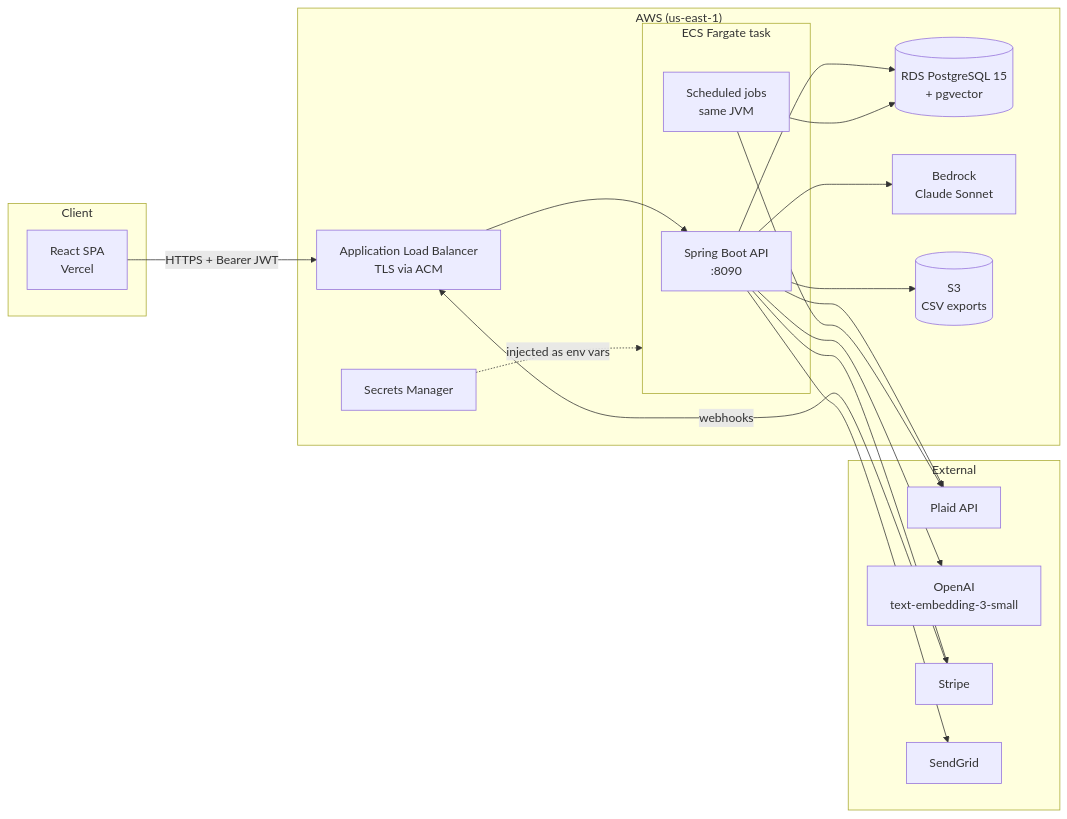
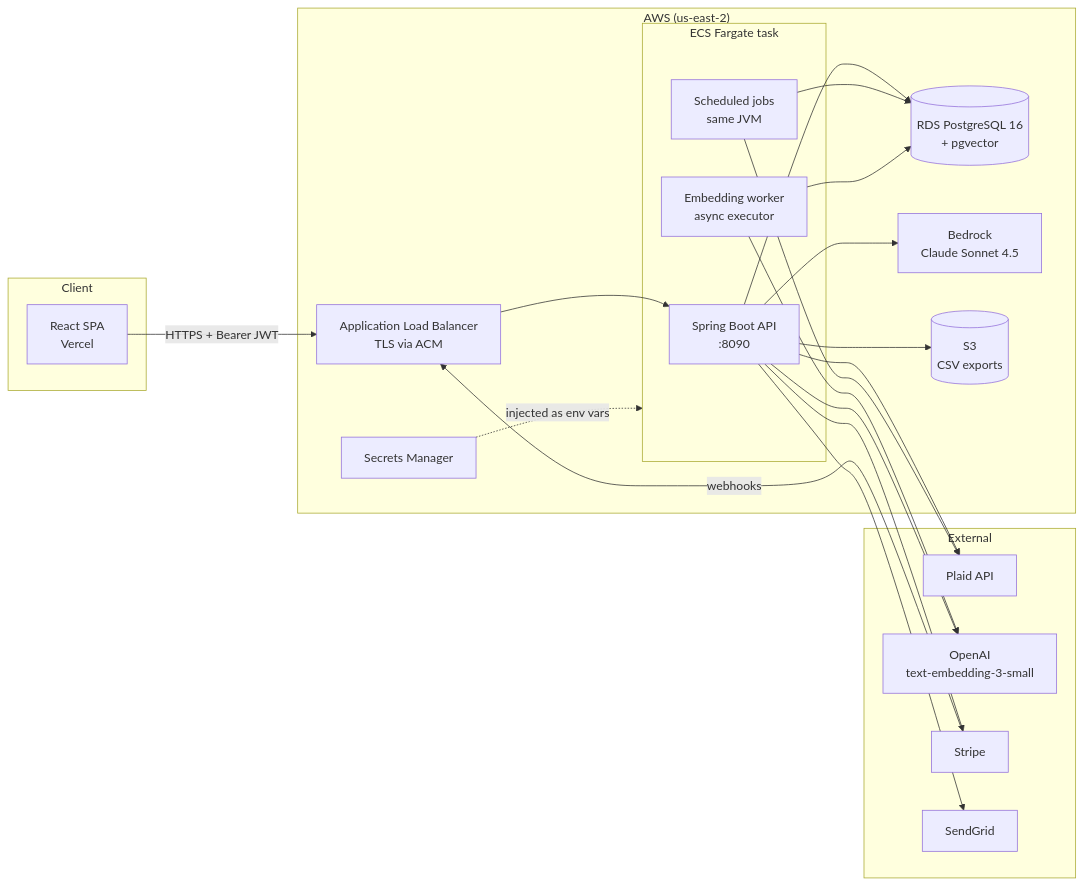
The first of 8 diagrams in docs/SYSTEM_DESIGN.md (TechByChibuzo/finance-coach-backend), drawn with Mermaid before and after one commit. The commit also changed other lines of this file and 1 other file, not shown here.

````diff
--- a/docs/SYSTEM_DESIGN.md
+++ b/docs/SYSTEM_DESIGN.md
@@ -24,38 +24,41 @@
 ```mermaid
 flowchart LR
     subgraph Client
         FE[React SPA<br/>Vercel]
     end
 
-    subgraph AWS["AWS (us-east-1)"]
+    subgraph AWS["AWS (us-east-2)"]
         ALB[Application Load Balancer<br/>TLS via ACM]
         subgraph ECS["ECS Fargate task"]
             API[Spring Boot API<br/>:8090]
             SCHED[Scheduled jobs<br/>same JVM]
+            ASYNC[Embedding worker<br/>async executor]
         end
-        RDS[(RDS PostgreSQL 15<br/>+ pgvector)]
-        BR[Bedrock<br/>Claude Sonnet]
+        RDS[(RDS PostgreSQL 16<br/>+ pgvector)]
+        BR[Bedrock<br/>Claude Sonnet 4.5]
         S3[(S3<br/>CSV exports)]
         SM[Secrets Manager]
     end
 
     subgraph External
         PLAID[Plaid API]
         OAI[OpenAI<br/>text-embedding-3-small]
         STRIPE[Stripe]
         SG[SendGrid]
     end
 
     FE -- HTTPS + Bearer JWT --> ALB --> API
     API --> RDS
     SCHED --> RDS
+    ASYNC --> RDS
     API --> BR
+    ASYNC --> OAI
     API --> OAI
     API --> PLAID
     SCHED --> PLAID
     API --> STRIPE
     STRIPE -- webhooks --> ALB
     API --> SG
     API --> S3
     SM -. injected as env vars .-> ECS
 ```
````
